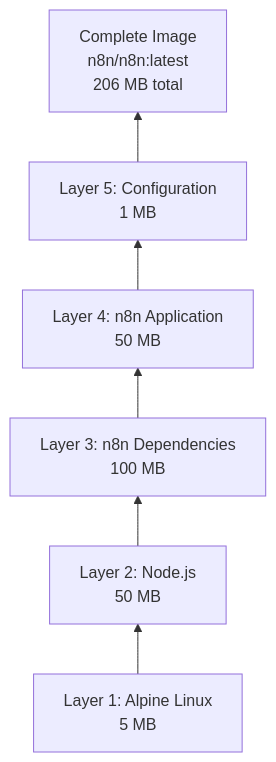
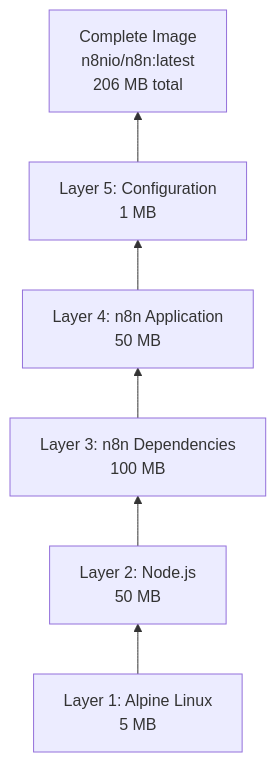
One commit to wtoloza-dev/ZTH-n8n-Engineer changed the third of 9 diagrams in lessons/02-docker-basics/theory/02-docker-architecture.md. Above: the diagram before and after it, drawn with Mermaid. The commit also changed other lines of this file and 17 other files, not shown here.

````diff
--- a/lessons/02-docker-basics/theory/02-docker-architecture.md
+++ b/lessons/02-docker-basics/theory/02-docker-architecture.md
@@ -106,9 +106,9 @@
 ```mermaid
 graph BT
     L1[Layer 1: Alpine Linux<br/>5 MB] --> L2[Layer 2: Node.js<br/>50 MB]
     L2 --> L3[Layer 3: n8n Dependencies<br/>100 MB]
     L3 --> L4[Layer 4: n8n Application<br/>50 MB]
     L4 --> L5[Layer 5: Configuration<br/>1 MB]
     
-    L5 --> IMG[Complete Image<br/>n8n/n8n:latest<br/>206 MB total]
+    L5 --> IMG[Complete Image<br/>n8nio/n8n:latest<br/>206 MB total]
 ```
````
